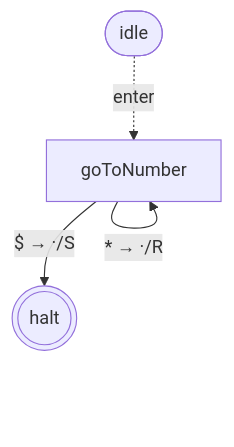
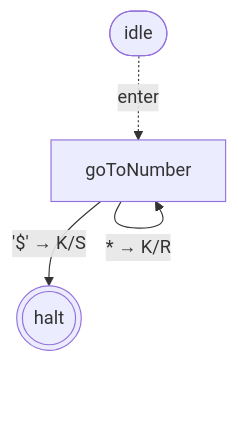
Before and after one commit to mellonis/turing-machine-js: the first of 10 diagrams in packages/library-binary-numbers/states.md, drawn with Mermaid. The commit also changed other lines of this file and 7 other files, not shown here.

````diff
--- a/packages/library-binary-numbers/states.md
+++ b/packages/library-binary-numbers/states.md
@@ -7,10 +7,10 @@
 ```mermaid
 flowchart TD
 %% alphabets: [[" ","^","$","0","1"]]
   s0(((halt)))
   s1["goToNumber"]
   idle([idle])
   idle -. enter .-> s1
-  s1 -- "$ → ·/S" --> s0
-  s1 -- "* → ·/R" --> s1
+  s1 -- "'$' → K/S" --> s0
+  s1 -- "* → K/R" --> s1
 ```
````
